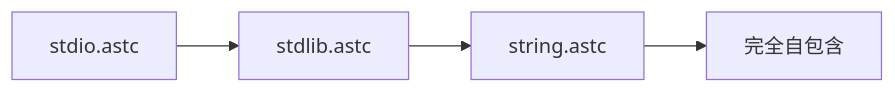
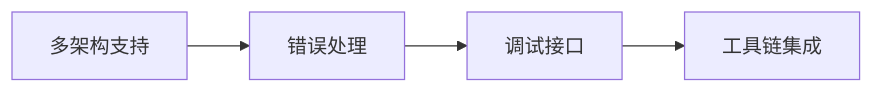
One commit to wanjochan/self-evolve-ai changed the fourth of 5 diagrams in docs/cursor.md. Above: the diagram before and after it, drawn with Mermaid. The commit also changed other lines of this file and 23 other files, not shown here.

````diff
--- a/docs/cursor.md
+++ b/docs/cursor.md
@@ -284,6 +270,6 @@
 ```mermaid
 graph LR
-    A[stdio.astc] --> B[stdlib.astc]
-    B --> C[string.astc]
-    C --> D[完全自包含]
+    A[多架构支持] --> B[错误处理]
+    B --> C[调试接口]
+    C --> D[工具链集成]
 ```
````
